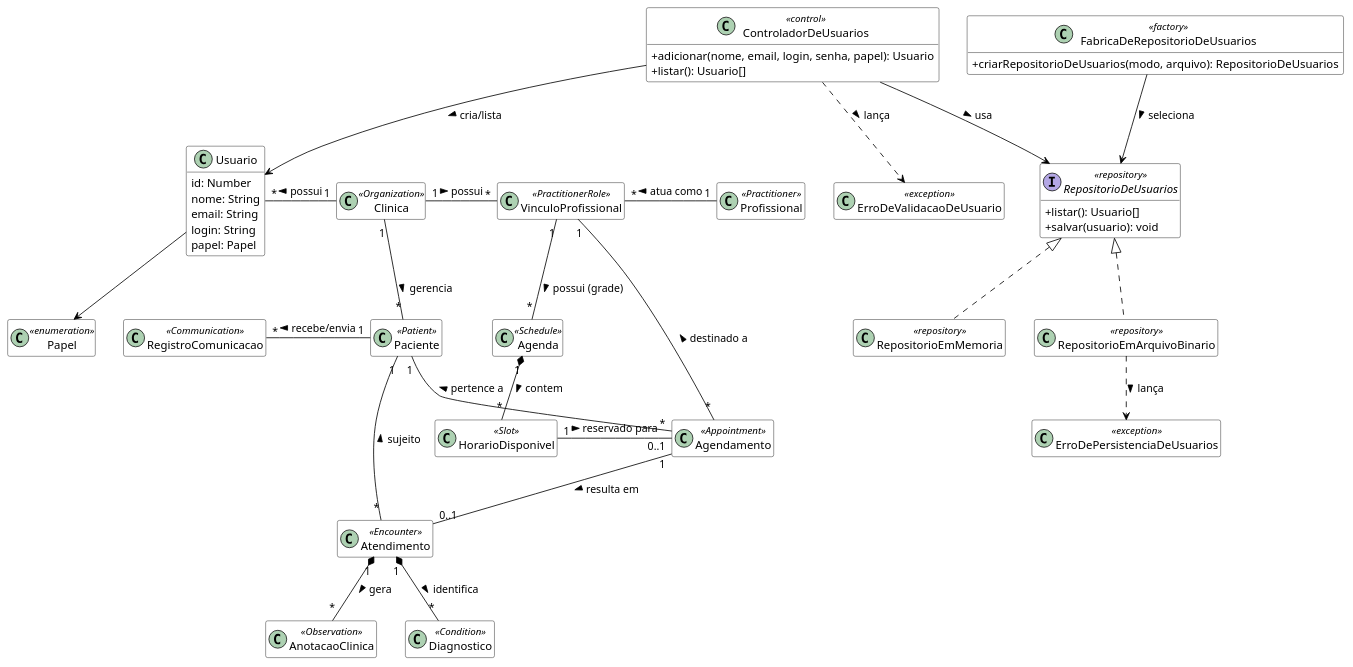
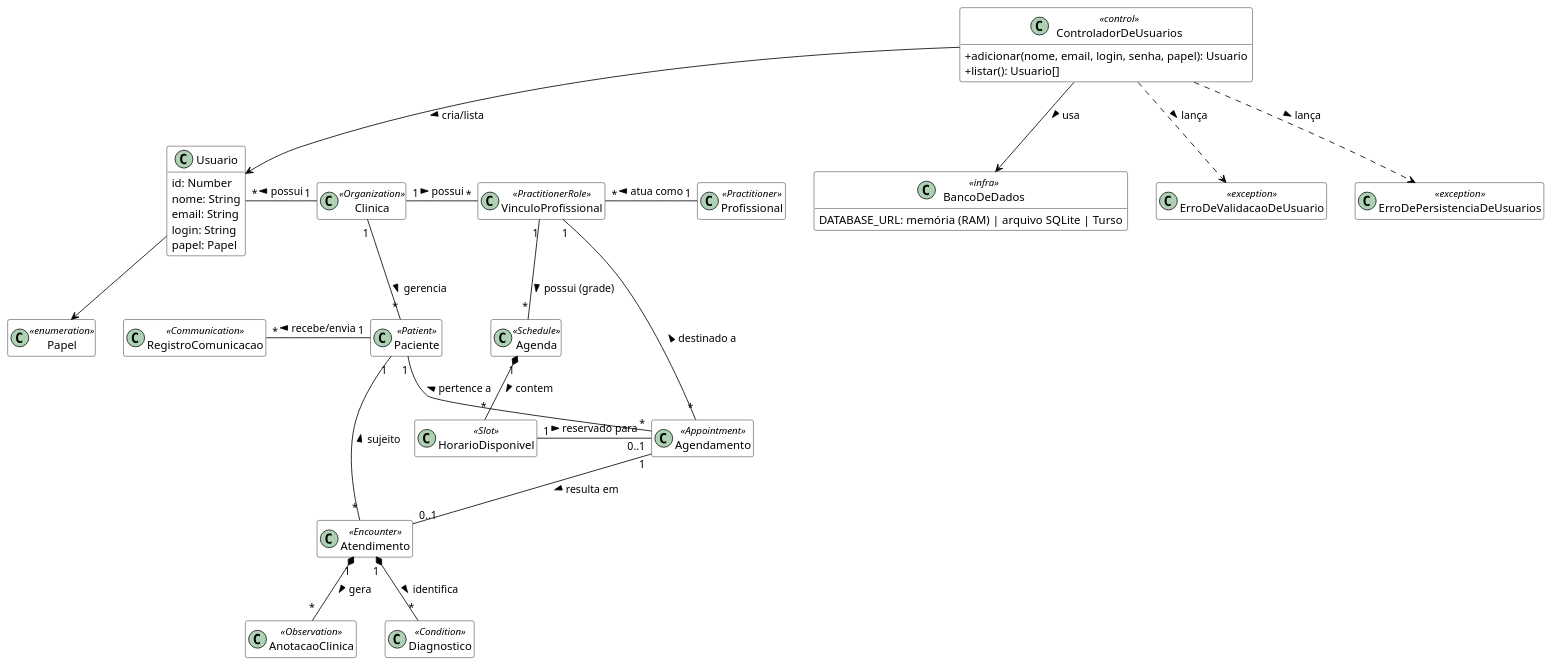
Before and after one commit to beatrizmontenegro07/projeto-metodos: the diagram in docs/relatorio/codigos/classes-de-analise.puml, drawn with PlantUML. The commit also changed 9 other files, not shown here.

First line of the commit message:
docs: redraw user management diagrams for the new design

```diff
--- a/docs/relatorio/codigos/classes-de-analise.puml
+++ b/docs/relatorio/codigos/classes-de-analise.puml
@@ -1,89 +1,80 @@
 @startuml
 skinparam classAttributeIconSize 0
 hide empty methods
 hide empty attributes
 skinparam class {
     BackgroundColor White
     ArrowColor Black
     BorderColor Black
 }
 
 ' Entidades Principais e Administrativas
 class Clinica <<Organization>>
 class Usuario {
   id: Number
   nome: String
   email: String
   login: String
   papel: Papel
 }
 class Papel <<enumeration>>
 class Paciente <<Patient>>
 class Profissional <<Practitioner>>
 class VinculoProfissional <<PractitionerRole>>
 
 ' Controle, validação e persistência de usuários
 class ControladorDeUsuarios <<control>> {
   +adicionar(nome, email, login, senha, papel): Usuario
   +listar(): Usuario[]
 }
-interface RepositorioDeUsuarios <<repository>> {
-  +listar(): Usuario[]
-  +salvar(usuario): void
-}
-class RepositorioEmMemoria <<repository>>
-class RepositorioEmArquivoBinario <<repository>>
-class FabricaDeRepositorioDeUsuarios <<factory>> {
-  +criarRepositorioDeUsuarios(modo, arquivo): RepositorioDeUsuarios
+class BancoDeDados <<infra>> {
+  DATABASE_URL: memória (RAM) | arquivo SQLite | Turso
 }
 class ErroDeValidacaoDeUsuario <<exception>>
 class ErroDePersistenciaDeUsuarios <<exception>>
 
 ' Entidades de Agendamento (Módulo Ambulatorial)
 class Agenda <<Schedule>>
 class HorarioDisponivel <<Slot>>
 class Agendamento <<Appointment>>
 
 ' Entidades de Relacionamento (CRM)
 class RegistroComunicacao <<Communication>>
 
 ' Entidades Clínicas Básicas
 class Atendimento <<Encounter>>
 class AnotacaoClinica <<Observation>>
 class Diagnostico <<Condition>>
 
 ' Relacionamentos Estruturais
 Clinica "1" -down- "*" Paciente : gerencia >
 Clinica "1" -right- "*" VinculoProfissional : possui >
 Profissional "1" -left- "*" VinculoProfissional : atua como >
 Clinica "1" -left- "*" Usuario : possui >
 Usuario --> Papel
 
 ' Validação e persistência da Sprint 02
 ControladorDeUsuarios --> Usuario : cria/lista >
-ControladorDeUsuarios --> RepositorioDeUsuarios : usa >
+ControladorDeUsuarios --> BancoDeDados : usa >
 ControladorDeUsuarios ..> ErroDeValidacaoDeUsuario : lança >
-RepositorioDeUsuarios <|.. RepositorioEmMemoria
-RepositorioDeUsuarios <|.. RepositorioEmArquivoBinario
-RepositorioEmArquivoBinario ..> ErroDePersistenciaDeUsuarios : lança >
-FabricaDeRepositorioDeUsuarios --> RepositorioDeUsuarios : seleciona >
+ControladorDeUsuarios ..> ErroDePersistenciaDeUsuarios : lança >
 
 ' Relacionamentos de CRM e Comunicação
 Paciente "1" -left- "*" RegistroComunicacao : recebe/envia >
 
 ' Relacionamentos de Agendamento (Baseado na Grade Ambulatorial)
 VinculoProfissional "1" -down- "*" Agenda : possui (grade) >
 Agenda "1" *-down- "*" HorarioDisponivel : contem >
 HorarioDisponivel "1" -right- "0..1" Agendamento : reservado para >
 Agendamento "*" -up- "1" Paciente : pertence a >
 Agendamento "*" -up- "1" VinculoProfissional : destinado a >
 
 ' Relacionamentos do Encontro Clínico
 Agendamento "1" -down- "0..1" Atendimento : resulta em >
 Atendimento "*" -up- "1" Paciente : sujeito >
 
 ' Relacionamentos de Desfecho Clínico
 Atendimento "1" *-down- "*" AnotacaoClinica : gera >
 Atendimento "1" *-down- "*" Diagnostico : identifica >
 
 @enduml
```
